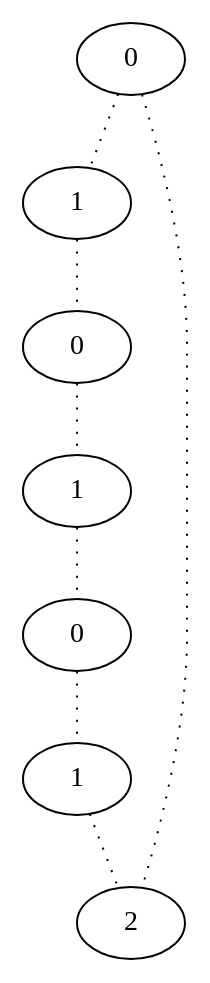
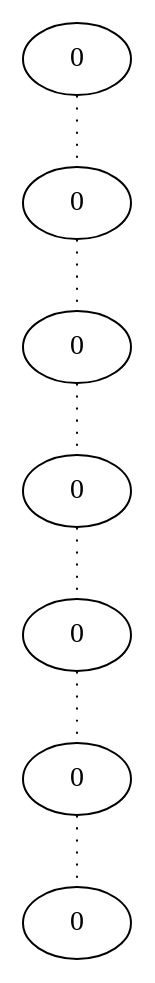
One commit to d1laj/Stage-M2 changed the diagram in TestPathsv1/result/7.dot. Above: the diagram before and after it, drawn with Graphviz. The commit also changed 169 other files, not shown here.

```diff
--- a/TestPathsv1/result/7.dot
+++ b/TestPathsv1/result/7.dot
@@ -1,16 +1,15 @@
 graph {
 a[label=0]
-b[label=1]
+b[label=0]
 c[label=0]
-d[label=1]
+d[label=0]
 e[label=0]
-f[label=1]
-g[label=2]
+f[label=0]
+g[label=0]
 a -- b [style=dotted];
 b -- c [style=dotted];
 c -- d [style=dotted];
 d -- e [style=dotted];
 e -- f [style=dotted];
 f -- g [style=dotted];
-a -- g [style=dotted];
 }
```
